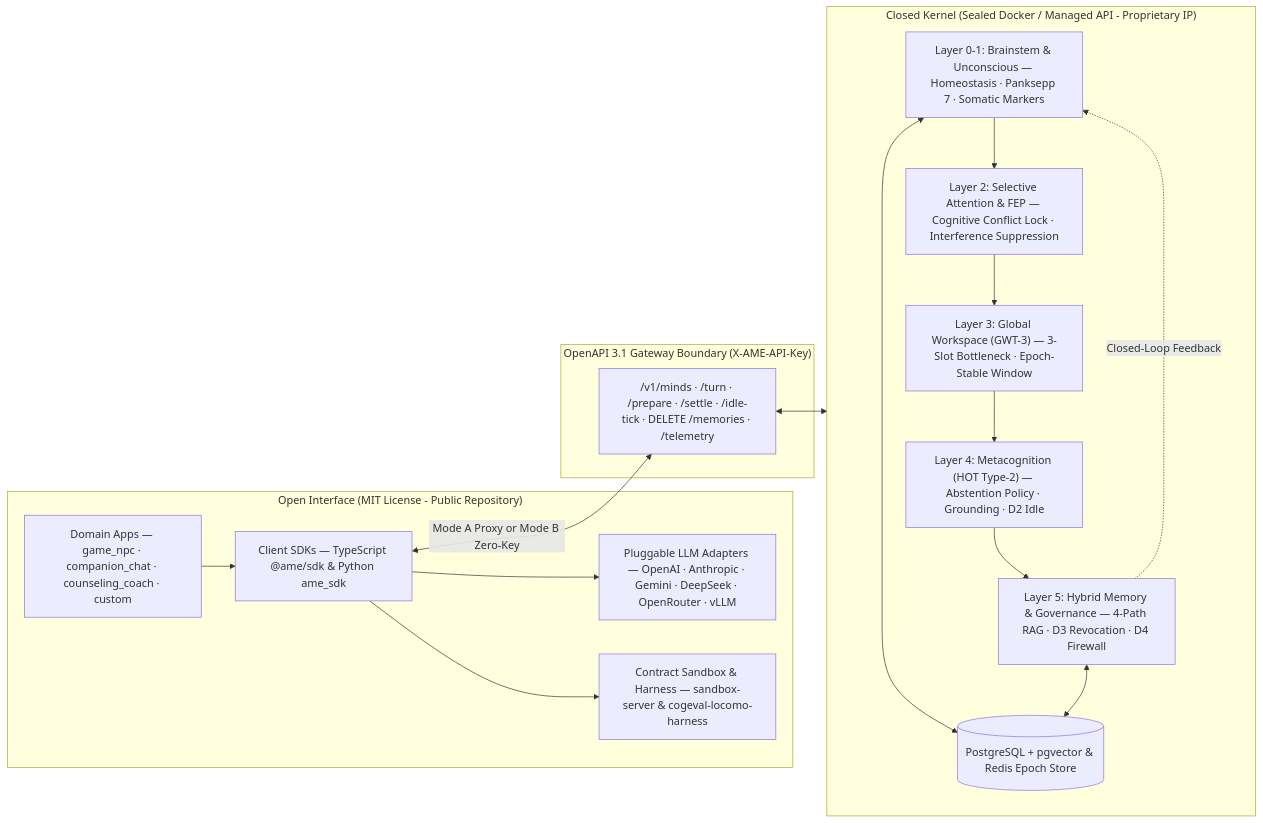
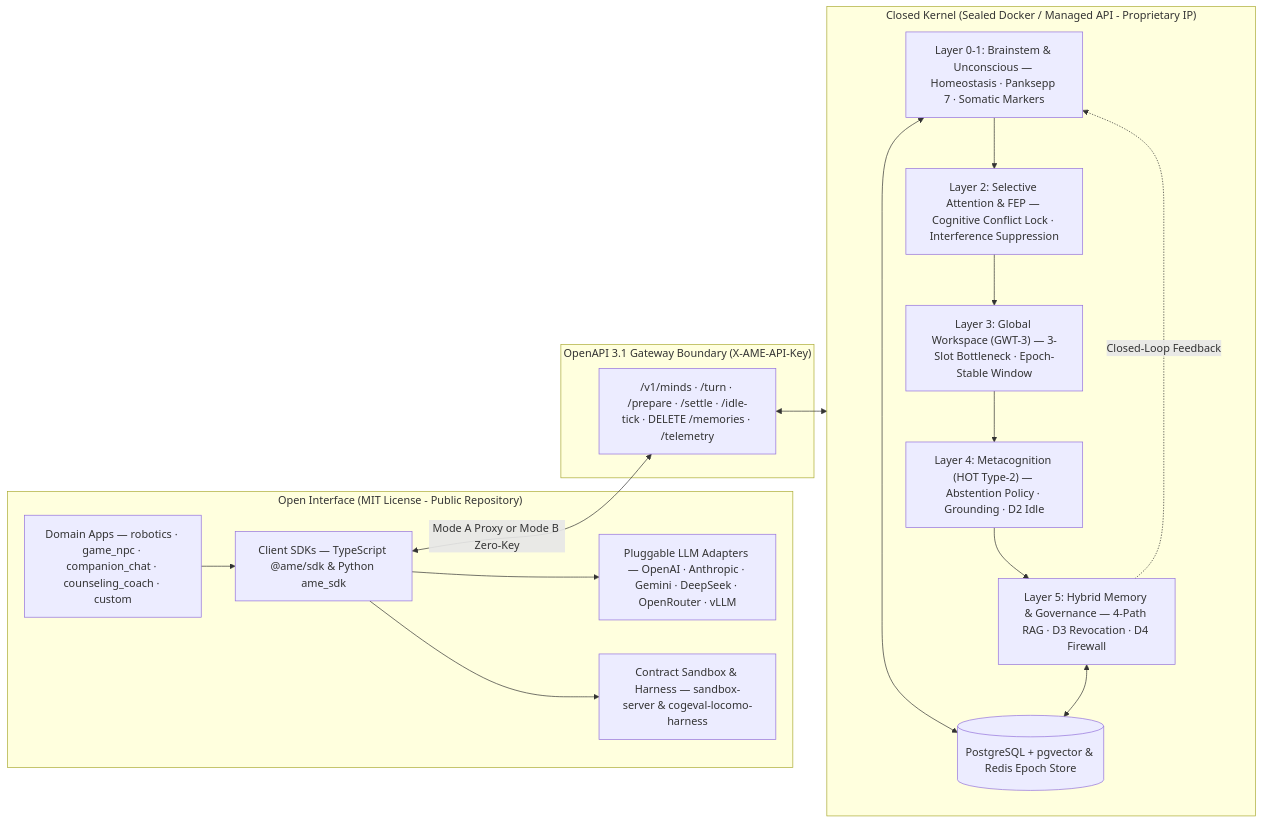
The second of 5 diagrams in README.md (bearrhee/artificial-mind-engine), drawn with Mermaid before and after one commit. The commit also changed other lines of this file and 7 other files, not shown here.

````diff
--- a/README.md
+++ b/README.md
@@ -26,33 +100,33 @@
 ```mermaid
 flowchart LR
   subgraph OPEN["Open Interface (MIT License - Public Repository)"]
-    APPS["Domain Apps — game_npc · companion_chat · counseling_coach · custom"]
+    APPS["Domain Apps — robotics · game_npc · companion_chat · counseling_coach · custom"]
     SDKS["Client SDKs — TypeScript @ame/sdk & Python ame_sdk"]
     ADAPTERS["Pluggable LLM Adapters — OpenAI · Anthropic · Gemini · DeepSeek · OpenRouter · vLLM"]
     TOOLS["Contract Sandbox & Harness — sandbox-server & cogeval-locomo-harness"]
     APPS --> SDKS
     SDKS --> ADAPTERS
     SDKS --> TOOLS
   end
 
   subgraph CONTRACT["OpenAPI 3.1 Gateway Boundary (X-AME-API-Key)"]
     API["/v1/minds · /turn · /prepare · /settle · /idle-tick · DELETE /memories · /telemetry"]
   end
 
   subgraph CLOSED["Closed Kernel (Sealed Docker / Managed API - Proprietary IP)"]
     L01["Layer 0-1: Brainstem & Unconscious — Homeostasis · Panksepp 7 · Somatic Markers"]
     L2["Layer 2: Selective Attention & FEP — Cognitive Conflict Lock · Interference Suppression"]
     L3["Layer 3: Global Workspace (GWT-3) — 3-Slot Bottleneck · Epoch-Stable Window"]
     L4["Layer 4: Metacognition (HOT Type-2) — Abstention Policy · Grounding · D2 Idle"]
     L5["Layer 5: Hybrid Memory & Governance — 4-Path RAG · D3 Revocation · D4 Firewall"]
     STORE[("PostgreSQL + pgvector & Redis Epoch Store")]
 
     L01 --> L2 --> L3 --> L4 --> L5
     L5 -. "Closed-Loop Feedback" .-> L01
     L01 <--> STORE
     L5 <--> STORE
   end
 
   SDKS <-->|"Mode A Proxy or Mode B Zero-Key"| API
   API <--> CLOSED
 ```
````
